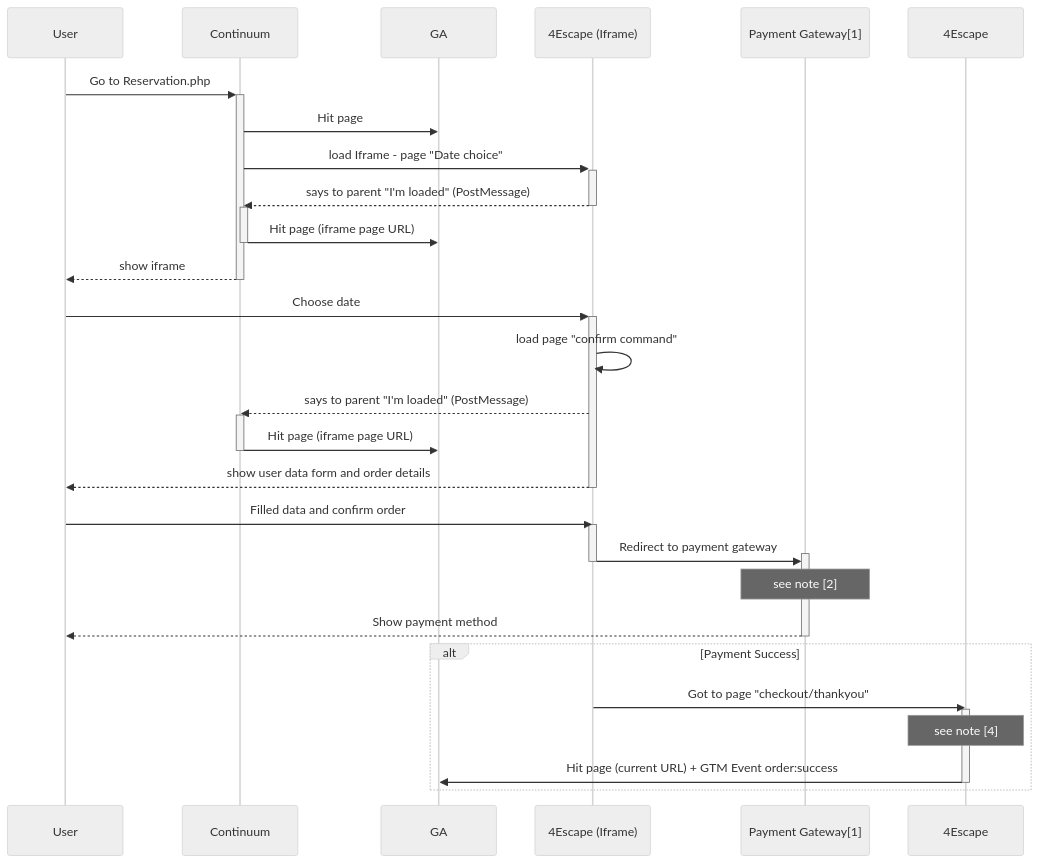
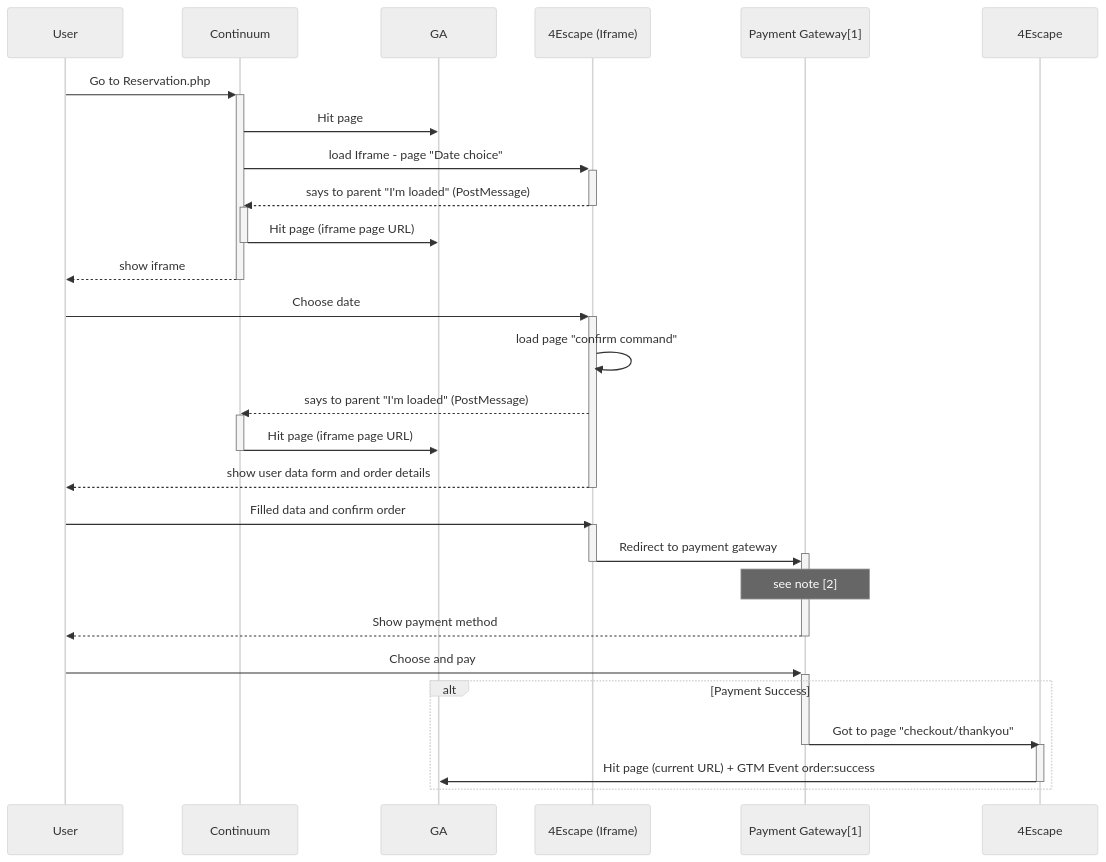
The diagram in doc/continuum/Sequence-session.md (NansPellicari/stackEdit), drawn with Mermaid (neutral theme) before and after one commit. The commit also changed other lines of this file, not shown here.

Commit message:
doc/continuum/Sequence-session.md updated from https://stackedit.io/

````diff
--- a/doc/continuum/Sequence-session.md
+++ b/doc/continuum/Sequence-session.md
@@ -1,41 +1,41 @@
 ```mermaid
 sequenceDiagram
 
 User->>+Continuum: Go to Reservation.php
 Continuum->>GA: Hit page
 Continuum->>+4Escape (Iframe): load Iframe - page "Date choice"
 4Escape (Iframe)-->>-Continuum: says to parent "I'm loaded" (PostMessage)
 activate Continuum
 Continuum->>GA: Hit page (iframe page URL)
 deactivate Continuum
 Continuum-->>-User: show iframe
 
 
 User->>+4Escape (Iframe): Choose date
 4Escape (Iframe)->>4Escape (Iframe): load page "confirm command"
 4Escape (Iframe)-->>Continuum: says to parent "I'm loaded" (PostMessage)
 activate Continuum
 Continuum->>GA: Hit page (iframe page URL)
 deactivate Continuum
 4Escape (Iframe)-->>-User: show user data form and order details
 
 
 User->>4Escape (Iframe): Filled data and confirm order
 activate 4Escape (Iframe)
 4Escape (Iframe)->>+Payment Gateway[1]: Redirect to payment gateway 
 deactivate 4Escape (Iframe)
 Note over Payment Gateway[1]: see note [2]
 Payment Gateway[1]-->>-User: Show payment method
 
+User->>+Payment Gateway[1]: Choose and pay
 
 
 
 
 alt Payment Success
-	4Escape (Iframe)->>4Escape: Got to page "checkout/thankyou"
+	Payment Gateway[1]->>-4Escape: Got to page "checkout/thankyou"
 	activate 4Escape
-	Note over 4Escape: see note [4]
 	4Escape->>GA: Hit page (current URL) + GTM Event order:success
 	deactivate 4Escape
 end
 ```
````
